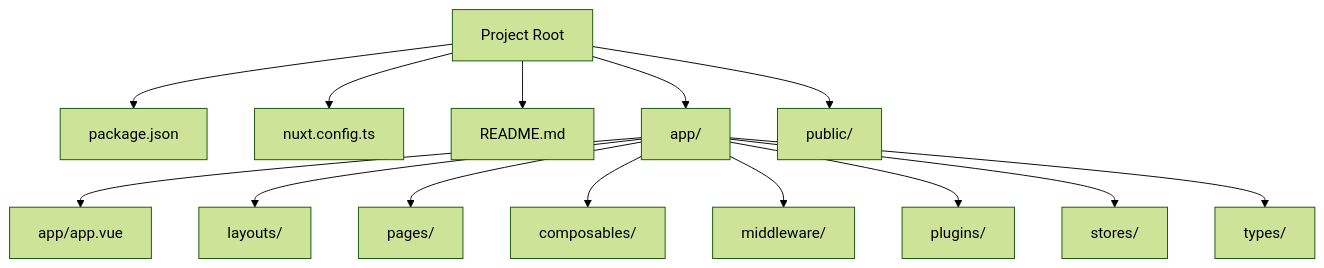
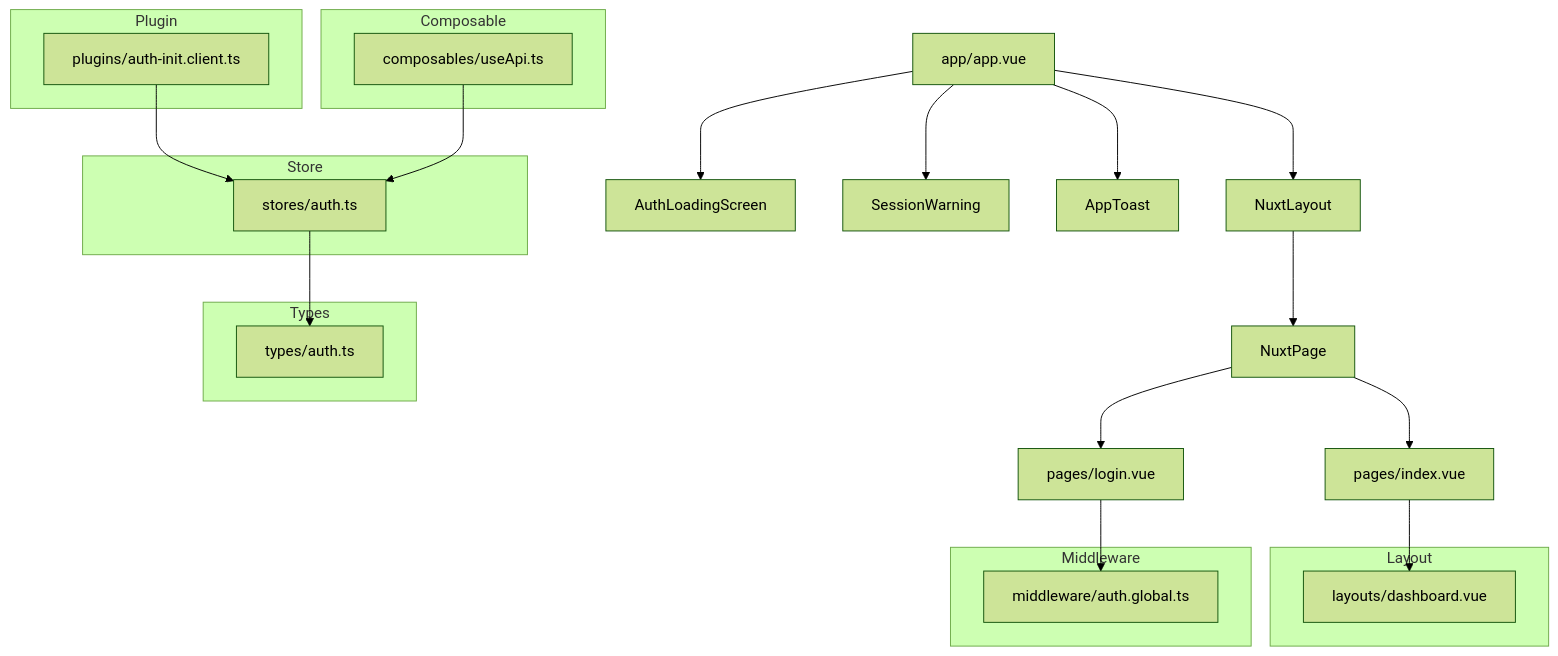
One commit to Lazynerd-Studios/lacarte-atlas-console changed the first of 6 diagrams in .qoder/repowiki/en/content/Getting Started.md. Above: the diagram before and after it, drawn with Mermaid (forest theme). The commit also changed other lines of this file and 139 other files, not shown here.

````diff
--- a/.qoder/repowiki/en/content/Getting Started.md
+++ b/.qoder/repowiki/en/content/Getting Started.md
@@ -40,16 +49,33 @@
 ```mermaid
 graph TB
-Root["Project Root"] --> Pkg["package.json"]
-Root --> NuxtCfg["nuxt.config.ts"]
-Root --> Readme["README.md"]
-Root --> AppDir["app/"]
-AppDir --> AppVue["app/app.vue"]
-AppDir --> Layouts["layouts/"]
-AppDir --> Pages["pages/"]
-AppDir --> Composables["composables/"]
-AppDir --> Middleware["middleware/"]
-AppDir --> Plugins["plugins/"]
-AppDir --> Stores["stores/"]
-AppDir --> Types["types/"]
-Root --> Public["public/"]
+A["app/app.vue"] --> B["NuxtLayout"]
+B --> C["NuxtPage"]
+C --> D["pages/index.vue"]
+C --> E["pages/login.vue"]
+A --> F["AuthLoadingScreen"]
+A --> G["SessionWarning"]
+A --> H["AppToast"]
+subgraph "Layout"
+I["layouts/dashboard.vue"]
+end
+subgraph "Middleware"
+J["middleware/auth.global.ts"]
+end
+subgraph "Plugin"
+K["plugins/auth-init.client.ts"]
+end
+subgraph "Store"
+L["stores/auth.ts"]
+end
+subgraph "Composable"
+M["composables/useApi.ts"]
+end
+subgraph "Types"
+N["types/auth.ts"]
+end
+D --> I
+E --> J
+K --> L
+M --> L
+L --> N
 ```
````
